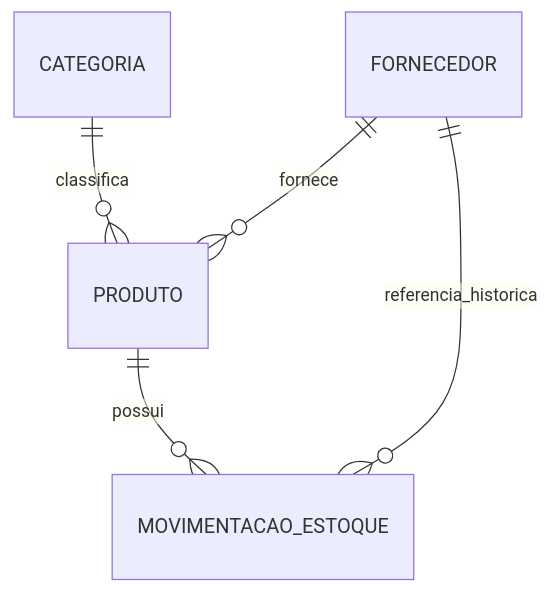
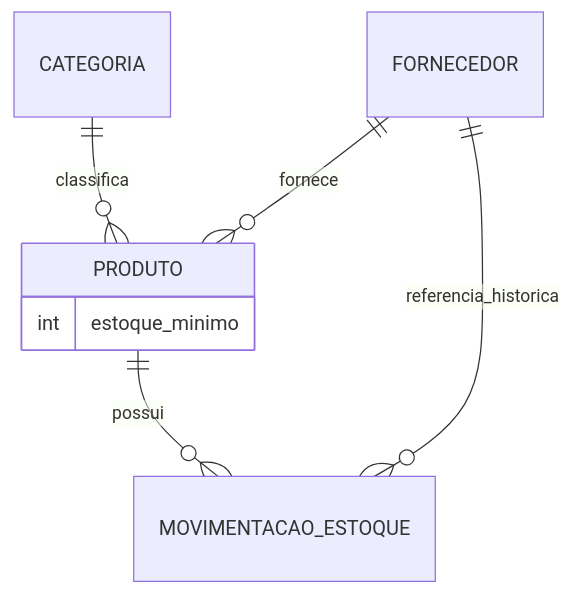
One commit to cleidson21/stockflow-api changed the diagram in docs/DOMAIN_MODELING.md. Above: the diagram before and after it, drawn with Mermaid. The commit also changed other lines of this file and 1 other file, not shown here.

````diff
--- a/docs/DOMAIN_MODELING.md
+++ b/docs/DOMAIN_MODELING.md
@@ -423,7 +429,11 @@
 ```mermaid
 erDiagram
     CATEGORIA ||--o{ PRODUTO : classifica
     FORNECEDOR ||--o{ PRODUTO : fornece
     PRODUTO ||--o{ MOVIMENTACAO_ESTOQUE : possui
     FORNECEDOR ||--o{ MOVIMENTACAO_ESTOQUE : referencia_historica
+
+    PRODUTO {
+        int estoque_minimo
+    }
 ```
````
